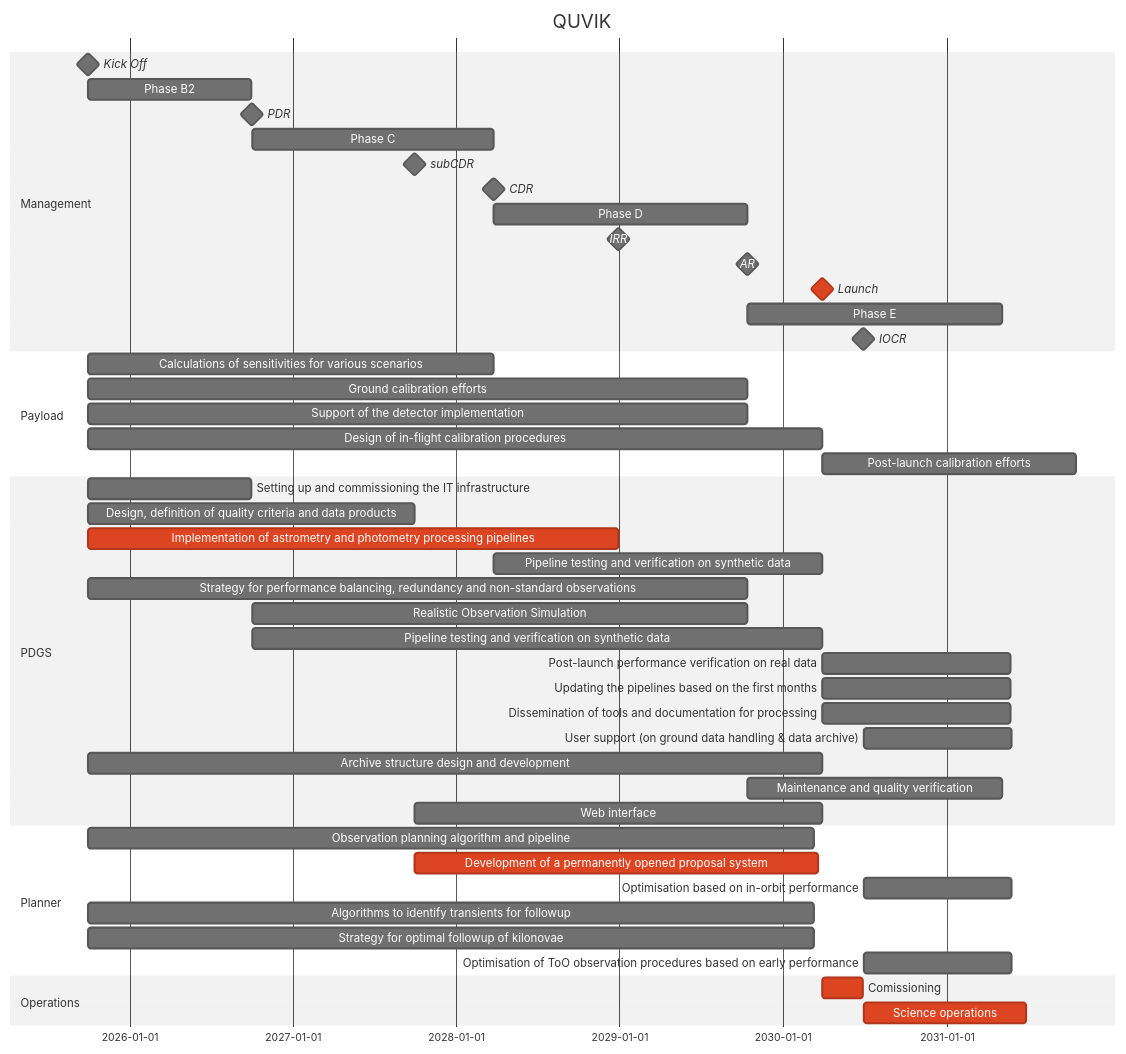
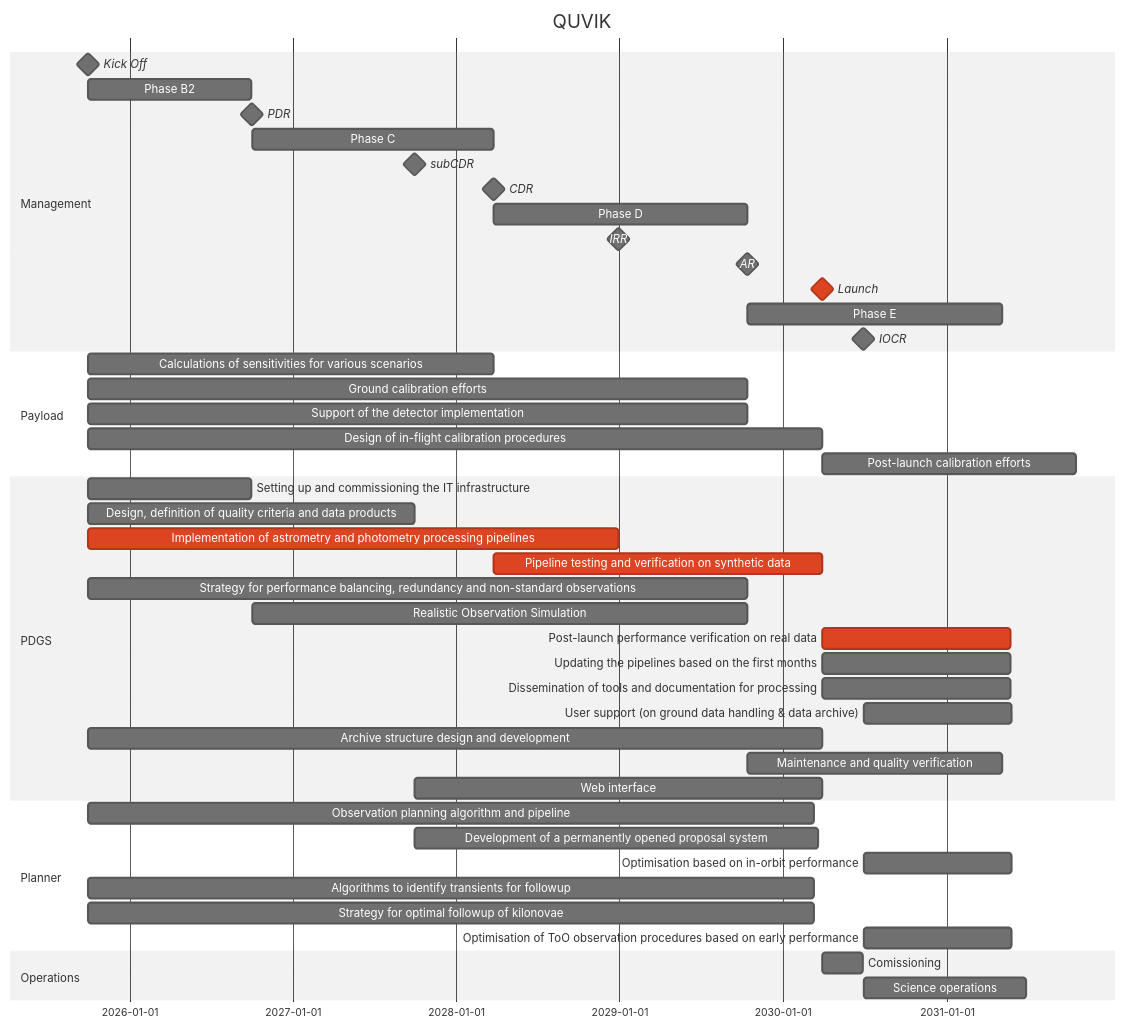
Before and after one commit to limu007/quvik: the diagram in calib/Block.md, drawn with Mermaid (neutral theme).

````diff
--- a/calib/Block.md
+++ b/calib/Block.md
@@ -3,54 +3,53 @@
 ```mermaid
 gantt
     title QUVIK
     dateFormat  YYYY-MM-DD
     section Management
     Kick Off : milestone, m1, 2025-09-31, 1d
     Phase B2 : b2, after m1, 52w
     PDR : milestone, pdr, after b2, 1d
     Phase C : c1, after pdr, 77w
     subCDR :  milestone, sc1, after des, 1d
     CDR : milestone, cdr, after c1, 1d
     Phase D : d1, after cdr, 81w
     IRR : milestone, irr, after imp, 1d
     AR : milestone, ar, after d1, 1d
     Launch : crit, milestone, frr, after dcal, 1d
     Phase E : e1, after ar, 81w
     IOCR : milestone, iocr, after e2, 1d
 
     section Payload
     Calculations of sensitivities for various scenarios :  after m1 , until cdr
     Ground calibration efforts :  after m1 , until ar
     Support of the detector implementation :  after m1 , until ar 
     Design of in-flight calibration procedures :  dcal, after m1 , 234w
     Post-launch calibration efforts :  after frr , 81w 
 
     section PDGS
     Setting up and commissioning the IT infrastructure : after m1, until pdr
     Design, definition of quality criteria and data products : 	des, after m1	, 104w
     Implementation of astrometry and photometry processing pipelines :crit, imp, after m1 , 169w
-    Pipeline testing and verification on synthetic data : pp, after cdr, until frr
+    Pipeline testing and verification on synthetic data :crit,  pp, after cdr, until frr
     Strategy for performance balancing, redundancy and non-standard observations :  after m1 , until ar
     Realistic Observation Simulation :  after pdr , until ar
-    Pipeline testing and verification on synthetic data :  after pdr , until frr
-    Post-launch performance verification on real data :  after frr , 420d
+    Post-launch performance verification on real data :crit,   after frr , 420d
     Updating the pipelines based on the first months :  after frr , 420d
     Dissemination of tools and documentation for processing :  after frr , 420d
      User support (on ground data handling & data archive) :  after iocr , 330d
      Archive structure design and development :  after m1 , until frr
      Maintenance and quality verification :  after ar , 81w
      Web interface :  after sc1 , until frr
 
     section Planner
     Observation planning algorithm and pipeline :  after m1 , 1620d
-    Development of a permanently opened proposal system :crit,  after sc1 , 900d
+    Development of a permanently opened proposal system : after sc1 , 900d
     Optimisation based on in-orbit performance :  after iocr , 330d
     Algorithms to identify transients for followup :  after m1 , 1620d
     Strategy for optimal followup of kilonovae :  after m1 , 1620d
     Optimisation of ToO observation procedures based on early performance :  after iocr , 330d
 
     section Operations
-    Comissioning :crit, e2, after frr, 13w
-    Science operations :crit, e3, after iocr, 52w
+    Comissioning : e2, after frr, 13w
+    Science operations : e3, after iocr, 52w
 
 ```
````
